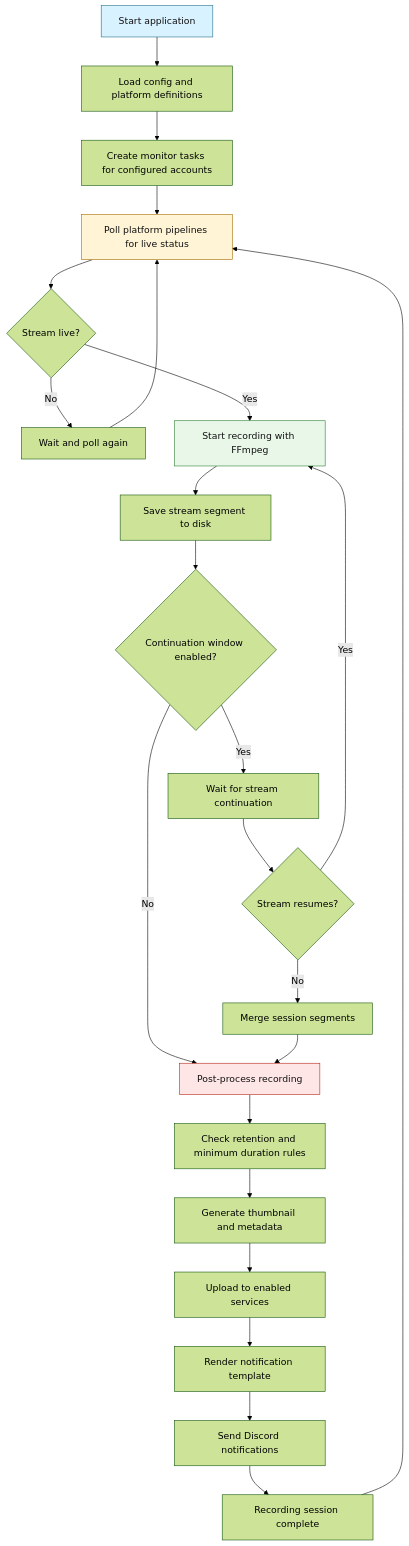
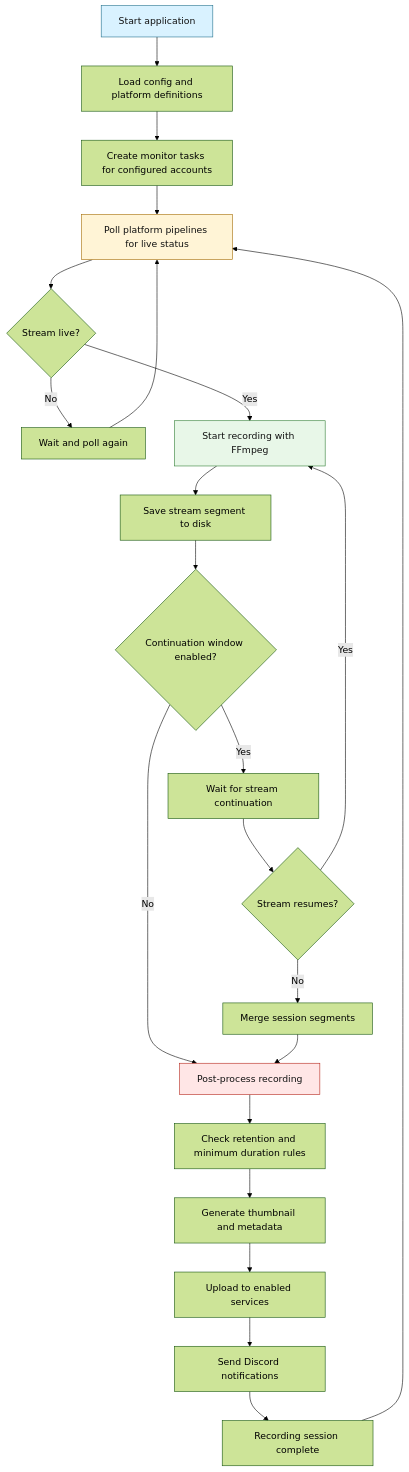
The diagram in README.md (sn0w12/stream-recorder-rs), drawn with Mermaid (forest theme) before and after one commit. The commit also changed other lines of this file, not shown here.

````diff
--- a/README.md
+++ b/README.md
@@ -92,34 +83,33 @@
 ```mermaid
 flowchart TD
     A[Start application] --> B[Load config and platform definitions]
     B --> C[Create monitor tasks for configured accounts]
     C --> D[Poll platform pipelines for live status]
 
     D --> E{Stream live?}
     E -->|No| F[Wait and poll again]
     F --> D
 
     E -->|Yes| G[Start recording with FFmpeg]
     G --> H[Save stream segment to disk]
     H --> I{Continuation window enabled?}
 
     I -->|No| J[Post-process recording]
     I -->|Yes| K[Wait for stream continuation]
     K --> L{Stream resumes?}
     L -->|Yes| G
     L -->|No| M[Merge session segments]
     M --> J
 
     J --> N[Check retention and minimum duration rules]
     N --> O[Generate thumbnail and metadata]
-    O --> P[Upload to enabled services]
-    P --> Q[Render notification template]
+    O --> Q[Upload to enabled services]
     Q --> R[Send Discord notifications]
     R --> S[Recording session complete]
     S --> D
 
     style A fill:#d9f2ff,stroke:#1f6f8b,color:#111
     style D fill:#fff4d6,stroke:#a36a00,color:#111
     style G fill:#e8f7e8,stroke:#2f7d32,color:#111
     style J fill:#ffe6e6,stroke:#b42318,color:#111
 ```
````
